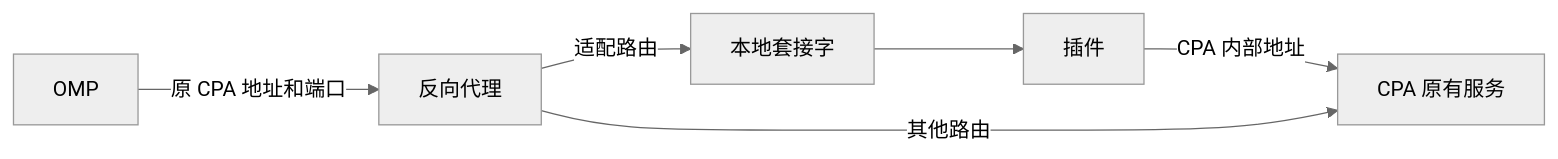
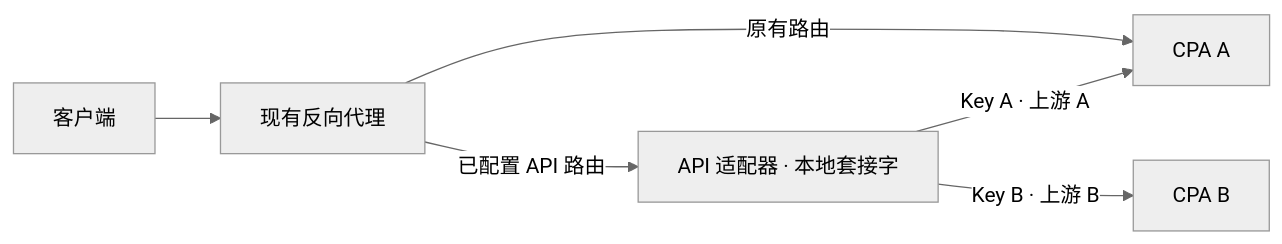
The diagram in README.md (azmiao/cpa_api_adapter), drawn with Mermaid (neutral theme) before and after one commit. The commit also changed other lines of this file and 12 other files, not shown here.

````diff
--- a/README.md
+++ b/README.md
@@ -9,8 +27,8 @@
 ```mermaid
 flowchart LR
-  OMP -->|原 CPA 地址和端口| Proxy[反向代理]
-  Proxy -->|适配路由| Socket[本地套接字]
-  Socket --> Plugin[插件]
-  Plugin -->|CPA 内部地址| CPA[CPA 原有服务]
-  Proxy -->|其他路由| CPA
+  Client[客户端] --> Proxy[现有反向代理]
+  Proxy -->|已配置 API 路由| Plugin[API 适配器 · 本地套接字]
+  Plugin -->|Key A · 上游 A| CPA1[CPA A]
+  Plugin -->|Key B · 上游 B| CPA2[CPA B]
+  Proxy -->|原有路由| CPA1
 ```
````
